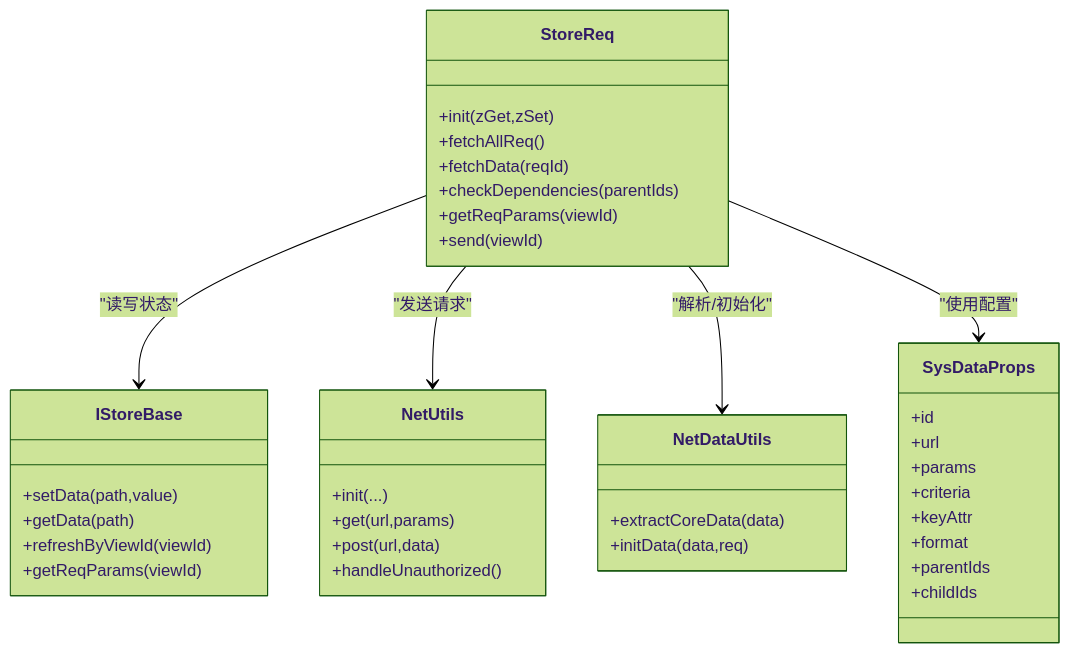
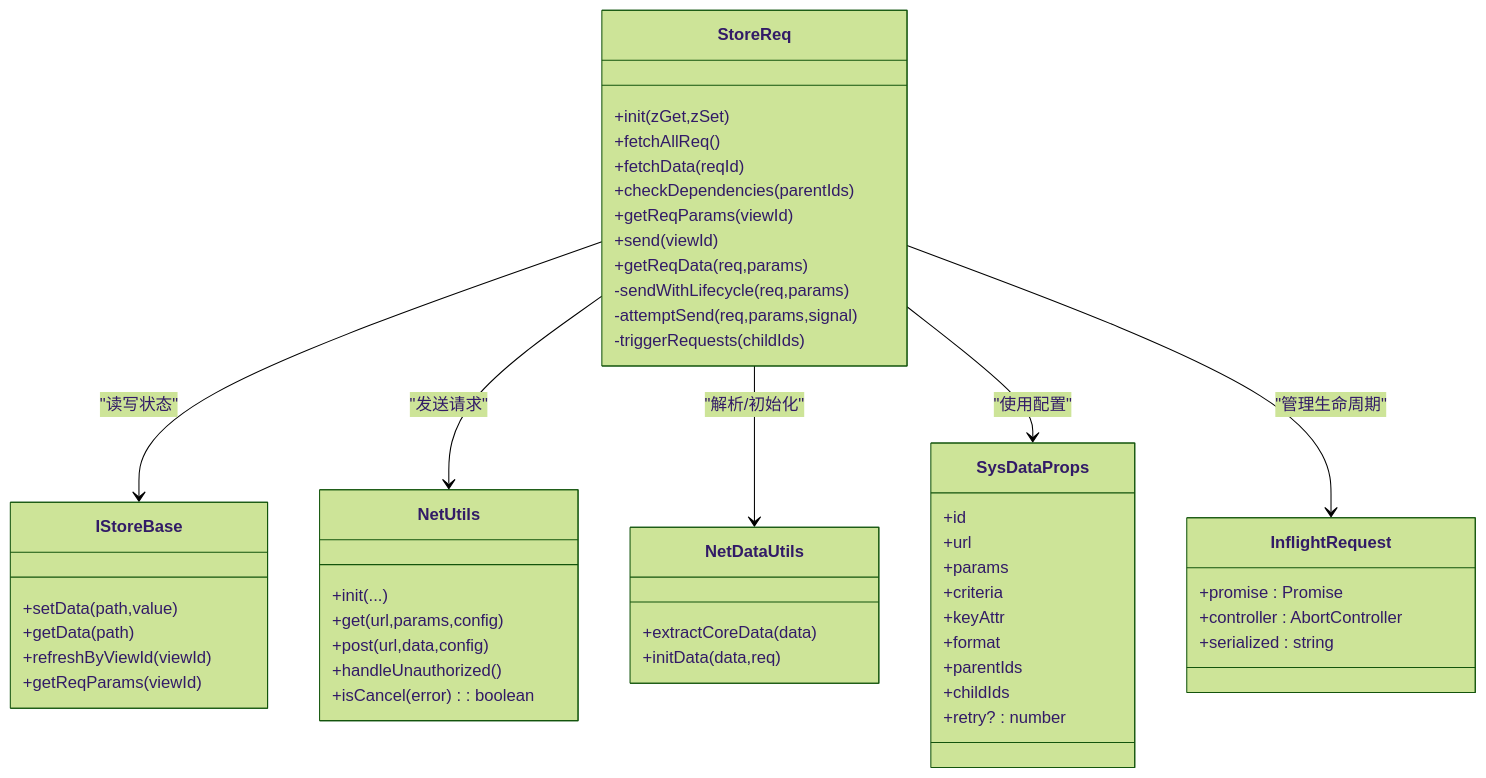
Before and after one commit to liqiongke/FrontArk: the eighth of 8 diagrams in .qoder/repowiki/zh/content/架构设计/数据流管理/请求生命周期.md, drawn with Mermaid (forest theme). The commit also changed other lines of this file and 25 other files, not shown here.

````diff
--- a/.qoder/repowiki/zh/content/架构设计/数据流管理/请求生命周期.md
+++ b/.qoder/repowiki/zh/content/架构设计/数据流管理/请求生命周期.md
@@ -284,41 +442,53 @@
 ```mermaid
 classDiagram
 class StoreReq {
 +init(zGet,zSet)
 +fetchAllReq()
 +fetchData(reqId)
 +checkDependencies(parentIds)
 +getReqParams(viewId)
 +send(viewId)
++getReqData(req,params)
+-sendWithLifecycle(req,params)
+-attemptSend(req,params,signal)
+-triggerRequests(childIds)
+}
+class InflightRequest {
++promise : Promise<any>
++controller : AbortController
++serialized : string
 }
 class NetUtils {
 +init(...)
-+get(url,params)
-+post(url,data)
++get(url,params,config)
++post(url,data,config)
 +handleUnauthorized()
++isCancel(error) : boolean
 }
 class NetDataUtils {
 +extractCoreData(data)
 +initData(data,req)
 }
 class IStoreBase {
 +setData(path,value)
 +getData(path)
 +refreshByViewId(viewId)
 +getReqParams(viewId)
 }
 class SysDataProps {
 +id
 +url
 +params
 +criteria
 +keyAttr
 +format
 +parentIds
 +childIds
++retry? : number
 }
 StoreReq --> IStoreBase : "读写状态"
 StoreReq --> NetUtils : "发送请求"
 StoreReq --> NetDataUtils : "解析/初始化"
 StoreReq --> SysDataProps : "使用配置"
+StoreReq --> InflightRequest : "管理生命周期"
 ```
````
